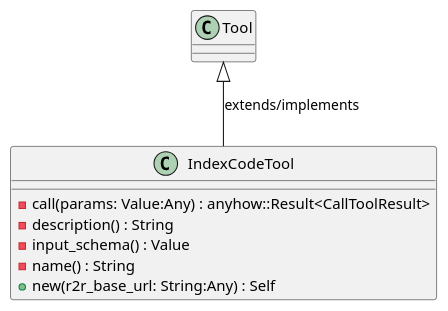
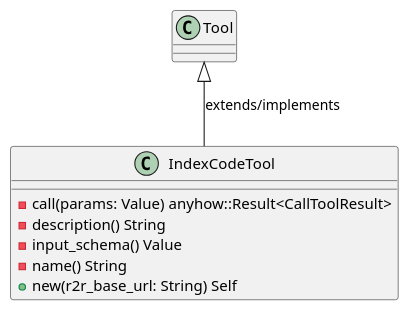
Before and after one commit to lgcorzo/rust_CACD_autonomous_factory: the first of 6 diagrams in openwiki/crates_factory_mcp_server_src_tools_index_code.md, drawn with PlantUML. The commit also changed other lines of this file and 97 other files, not shown here.

First line of the commit message:
Fix Rust AST parsing for method and function parameters, and update OKF UML frontmatter

````diff
--- a/openwiki/crates_factory_mcp_server_src_tools_index_code.md
+++ b/openwiki/crates_factory_mcp_server_src_tools_index_code.md
@@ -75,13 +80,13 @@
 ```plantuml
 @startuml
 class IndexCodeTool {
-    -call(params: Value:Any) : anyhow::Result<CallToolResult>
-    -description() : String
-    -input_schema() : Value
-    -name() : String
-    +new(r2r_base_url: String:Any) : Self
+    -call(params: Value) anyhow::Result<CallToolResult>
+    -description() String
+    -input_schema() Value
+    -name() String
+    +new(r2r_base_url: String) Self
 }
 Tool <|-- IndexCodeTool : extends/implements
 @enduml
 
 ```
````
